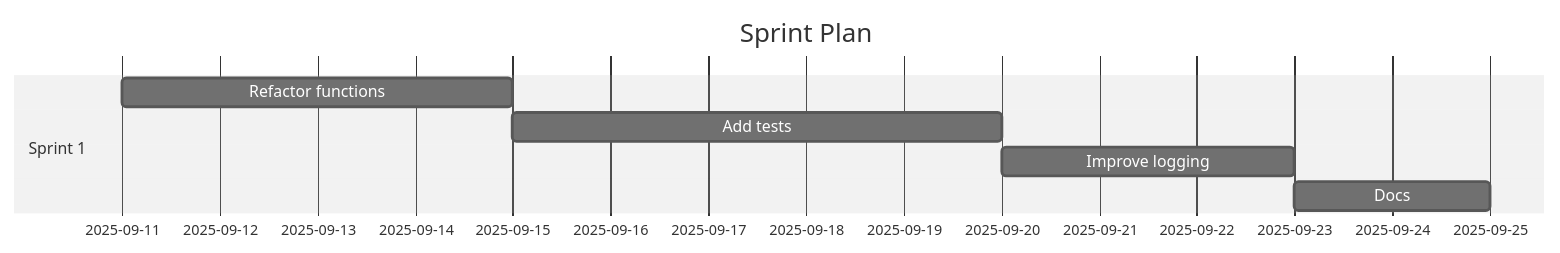
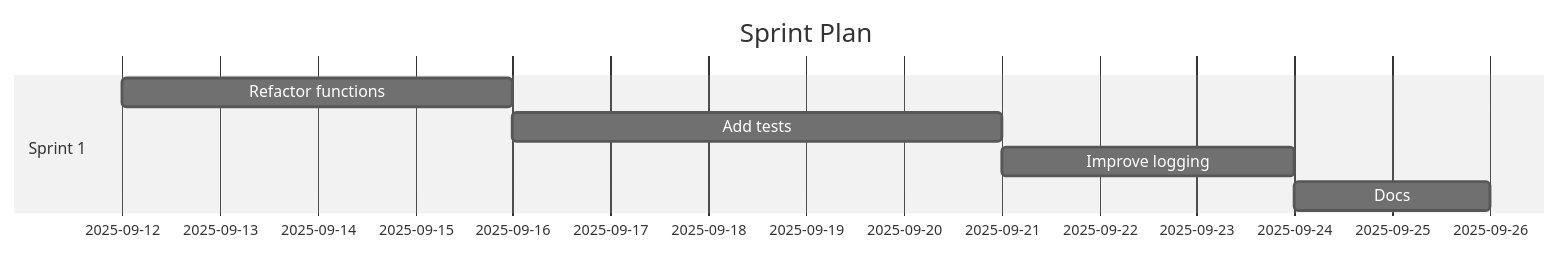
The diagram in demos/demo-code-analysis.sprint.md (Anselmoo/mcp-ai-agent-guidelines), drawn with Mermaid (neutral theme) before and after one commit. The commit also changed other lines of this file and 15 other files, not shown here.

````diff
--- a/demos/demo-code-analysis.sprint.md
+++ b/demos/demo-code-analysis.sprint.md
@@ -58,11 +58,11 @@
 ```mermaid
 gantt
 	dateFormat  YYYY-MM-DD
 	title Sprint Plan
 %% Accessibility: Title=Project Sprint Plan; Description=Gantt chart of sprints and tasks over time. %%
   section Sprint 1
-  Refactor functions :s1t0, 2025-09-11, 4d
-  Add tests :s1t1, 2025-09-15, 5d
-  Improve logging :s1t2, 2025-09-20, 3d
-  Docs :s1t3, 2025-09-23, 2d
+  Refactor functions :s1t0, 2025-09-12, 4d
+  Add tests :s1t1, 2025-09-16, 5d
+  Improve logging :s1t2, 2025-09-21, 3d
+  Docs :s1t3, 2025-09-24, 2d
 ```
````
